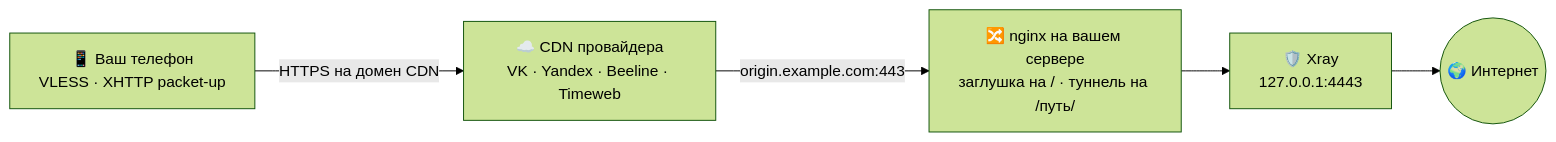
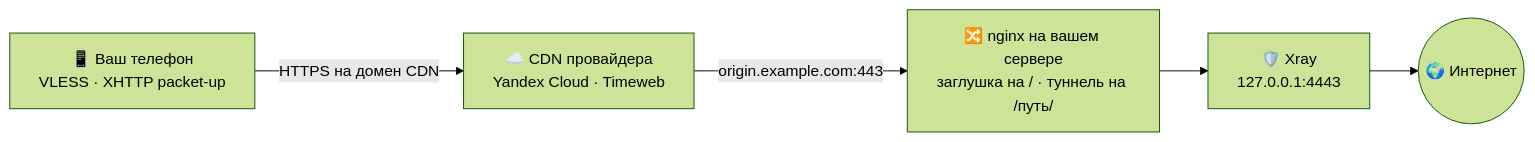
The diagram in README.md (CraftStick/node-installer-cdn), drawn with Mermaid (forest theme) before and after one commit. The commit also changed other lines of this file and 2 other files, not shown here.

````diff
--- a/README.md
+++ b/README.md
@@ -74,12 +79,12 @@
 ```mermaid
 flowchart LR
     C["📱 Ваш телефон<br/>VLESS · XHTTP packet-up"]
-    CDN["☁️ CDN провайдера<br/>VK · Yandex · Beeline · Timeweb"]
+    CDN["☁️ CDN провайдера<br/>Yandex Cloud · Timeweb"]
     N["🔀 nginx на вашем сервере<br/>заглушка на / · туннель на /путь/"]
     X["🛡️ Xray<br/>127.0.0.1:4443"]
     I(("🌍 Интернет"))
 
     C -->|"HTTPS на домен CDN"| CDN
     CDN -->|"origin.example.com:443"| N
     N --> X --> I
 ```
````
